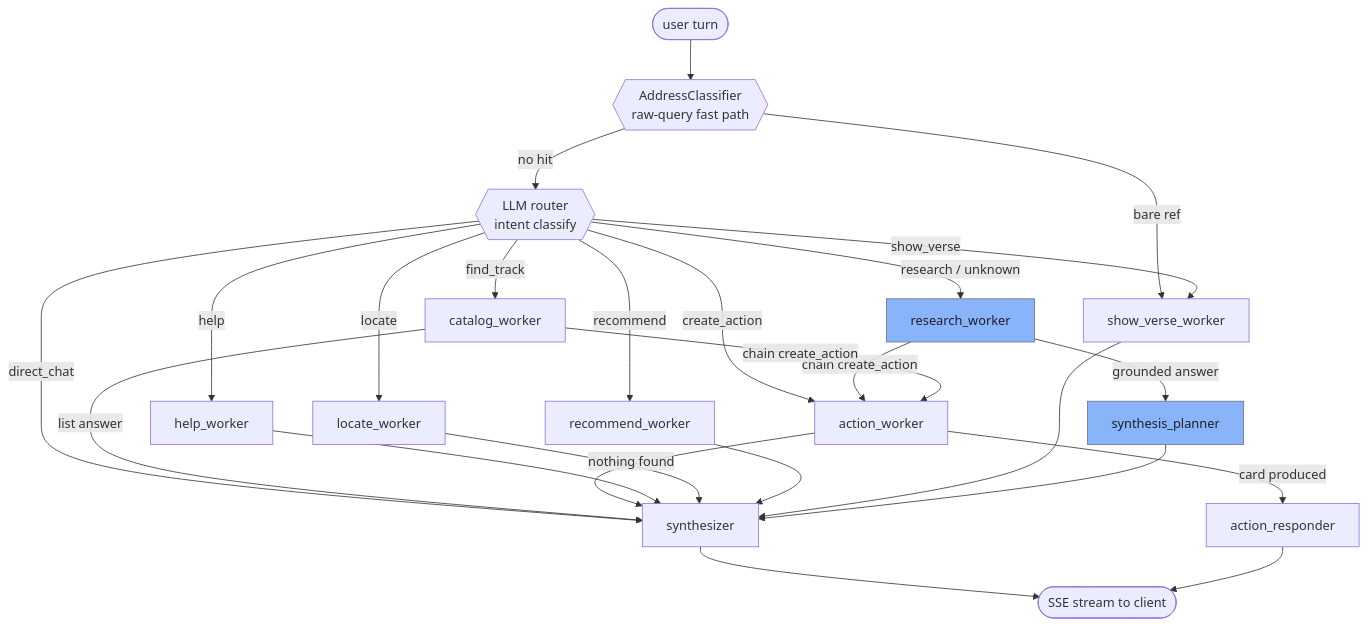
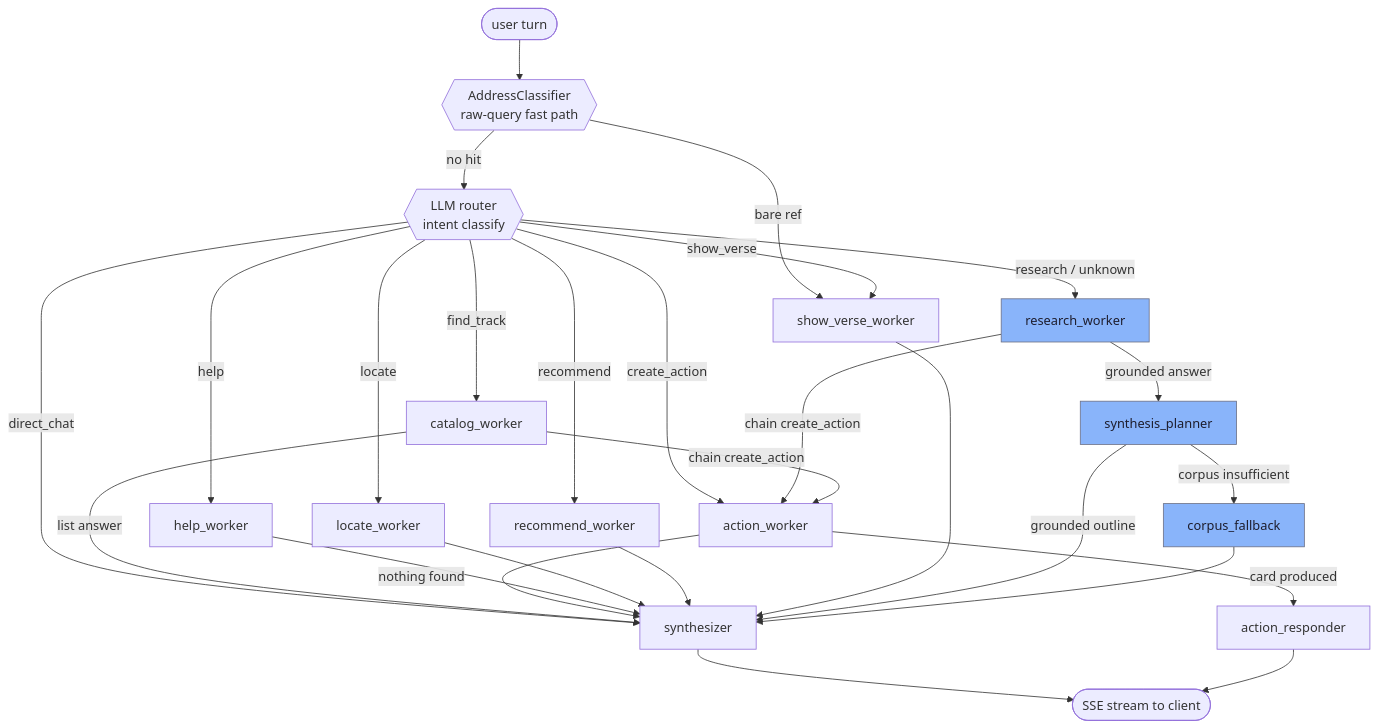
One commit to jiva-studio/shruti changed the first of 5 diagrams in docs/repos/shruti/architecture/chat-pipeline.md. Above: the diagram before and after it, drawn with Mermaid. The commit also changed other lines of this file and 19 other files, not shown here.

First line of the commit message:
feat(chat): out-of-corpus memory-pass fallback (#1076)

````diff
--- a/docs/repos/shruti/architecture/chat-pipeline.md
+++ b/docs/repos/shruti/architecture/chat-pipeline.md
@@ -27,34 +27,36 @@
 ```mermaid
 graph TD
   START([user turn]) --> CC{{AddressClassifier<br/>raw-query fast path}}
   CC -->|bare ref| SV[show_verse_worker]
   CC -->|no hit| R{{LLM router<br/>intent classify}}
 
   R -->|research / unknown| RW[research_worker]
   R -->|locate| LW[locate_worker]
   R -->|find_track| CW[catalog_worker]
   R -->|recommend| RCW[recommend_worker]
   R -->|create_action| AW[action_worker]
   R -->|help| HW[help_worker]
   R -->|show_verse| SV
   R -->|direct_chat| SY[synthesizer]
 
   RW -->|chain create_action| AW
   RW -->|grounded answer| SP[synthesis_planner]
 
   CW -->|chain create_action| AW
   CW -->|list answer| SY
 
   AW -->|card produced| AR[action_responder]
   AW -->|nothing found| SY
   HW --> SY
   LW --> SY
   RCW --> SY
   SV --> SY
-  SP --> SY
+  SP -->|grounded outline| SY
+  SP -->|corpus insufficient| CF[corpus_fallback]
+  CF --> SY
   SY --> ENDN([SSE stream to client])
   AR --> ENDN
 
   classDef grnd fill:#89b4fa,stroke:#6c7086,color:#1e1e2e;
-  class RW,SP grnd;
+  class RW,SP,CF grnd;
 ```
````
